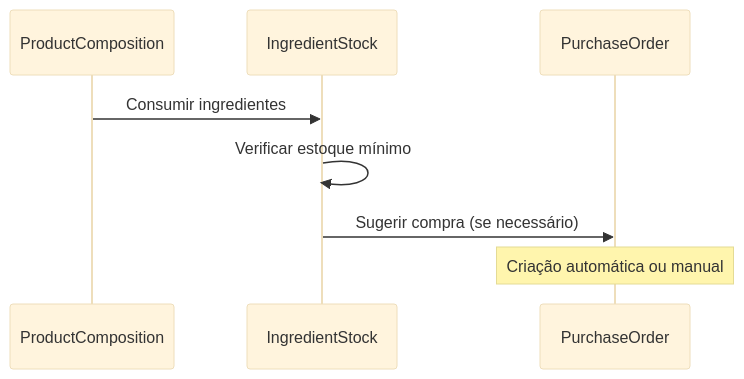
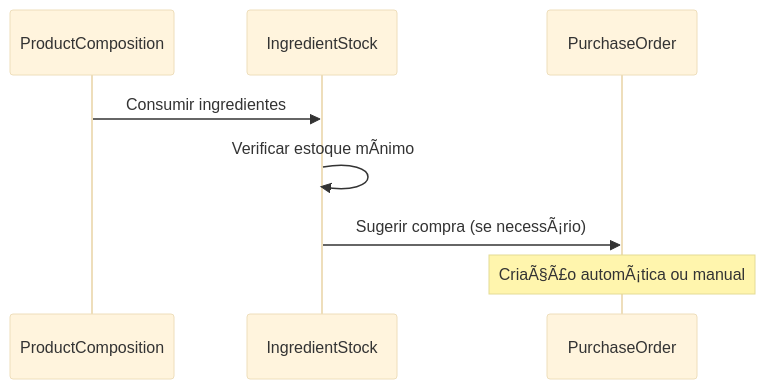
The fifth of 7 diagrams in GesN.Web/Context/DOMAIN CONTEXTS/DOMAIN_GUIDE.md (igor-spalenza/GesN), drawn with Mermaid (base theme) before and after one commit. The commit also changed other lines of this file and 93 other files, not shown here.

````diff
--- a/GesN.Web/Context/DOMAIN CONTEXTS/DOMAIN_GUIDE.md
+++ b/GesN.Web/Context/DOMAIN CONTEXTS/DOMAIN_GUIDE.md
@@ -1235,11 +1235,11 @@
 ```mermaid
 sequenceDiagram
     participant PC as ProductComposition
     participant IS as IngredientStock
     participant PO as PurchaseOrder
     
     PC->>IS: Consumir ingredientes
-    IS->>IS: Verificar estoque mínimo
-    IS->>PO: Sugerir compra (se necessário)
-    Note over PO: Criação automática ou manual
+    IS->>IS: Verificar estoque mÃ­nimo
+    IS->>PO: Sugerir compra (se necessÃ¡rio)
+    Note over PO: CriaÃ§Ã£o automÃ¡tica ou manual
 ```
````
